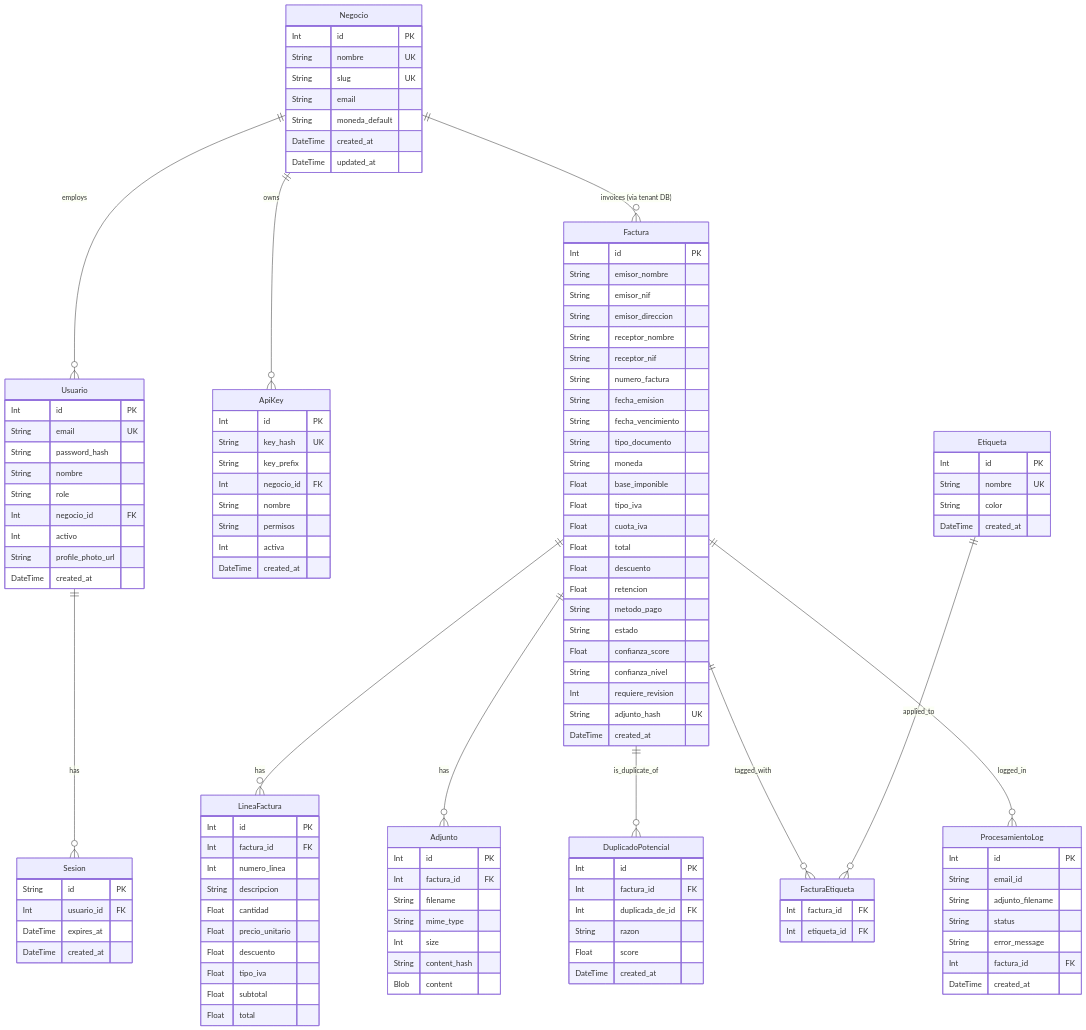
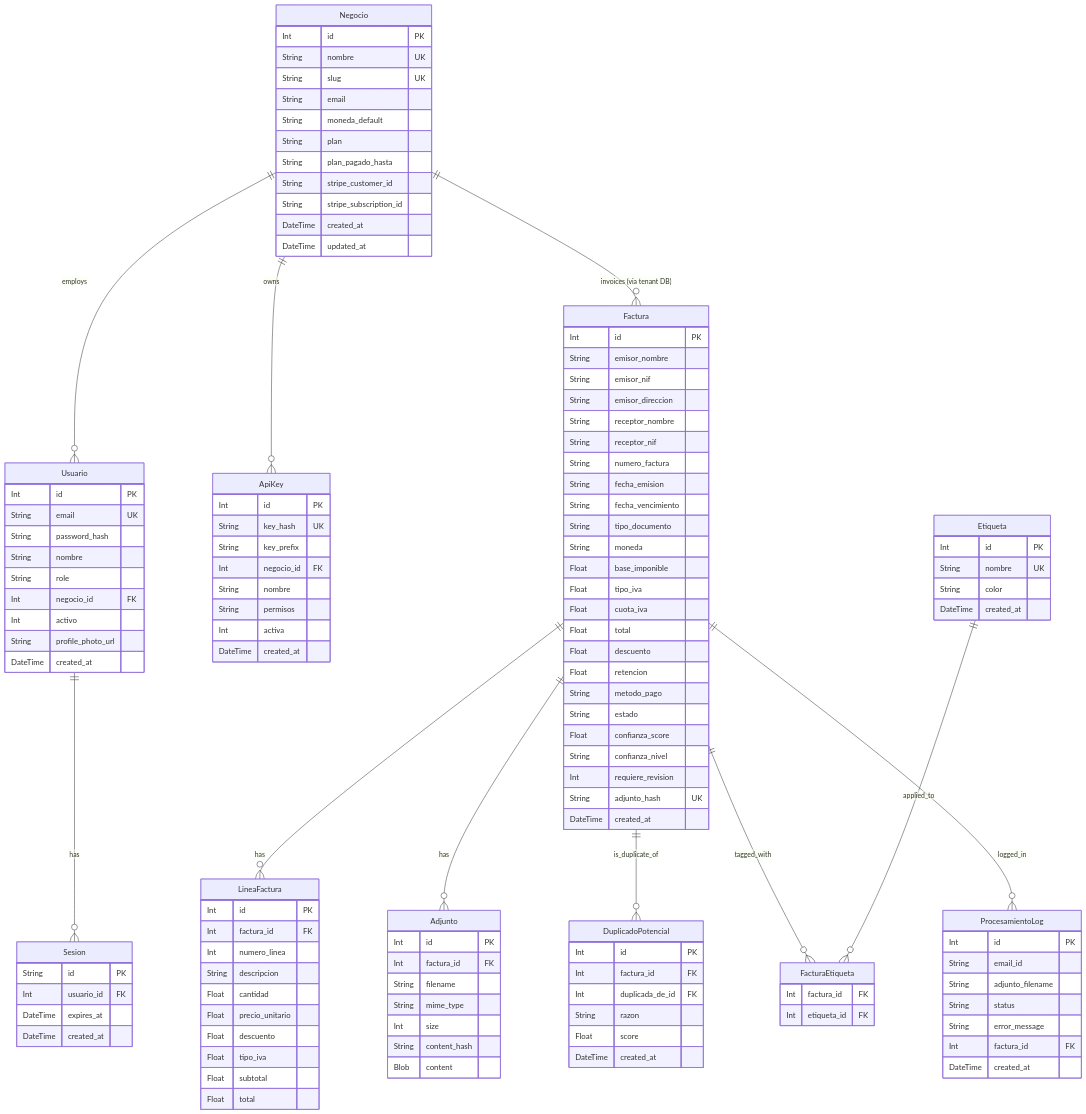
The diagram in docs/data-model.md (Mazielx/Facturas), drawn with Mermaid before and after one commit. The commit also changed other lines of this file and 66 other files, not shown here.

```diff
--- a/docs/data-model.md
+++ b/docs/data-model.md
@@ -323,6 +327,10 @@
         String slug UK
         String email
         String moneda_default
+        String plan
+        String plan_pagado_hasta
+        String stripe_customer_id
+        String stripe_subscription_id
         DateTime created_at
         DateTime updated_at
     }
```
